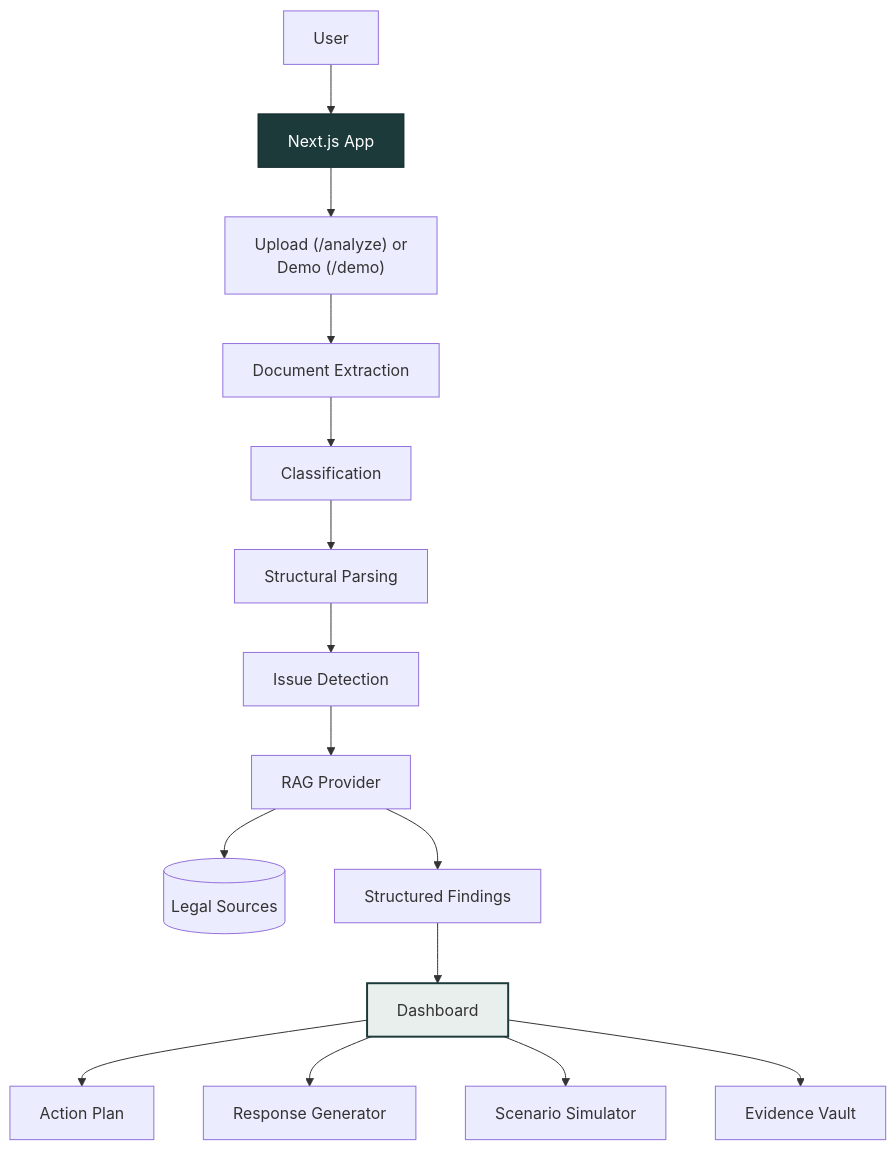
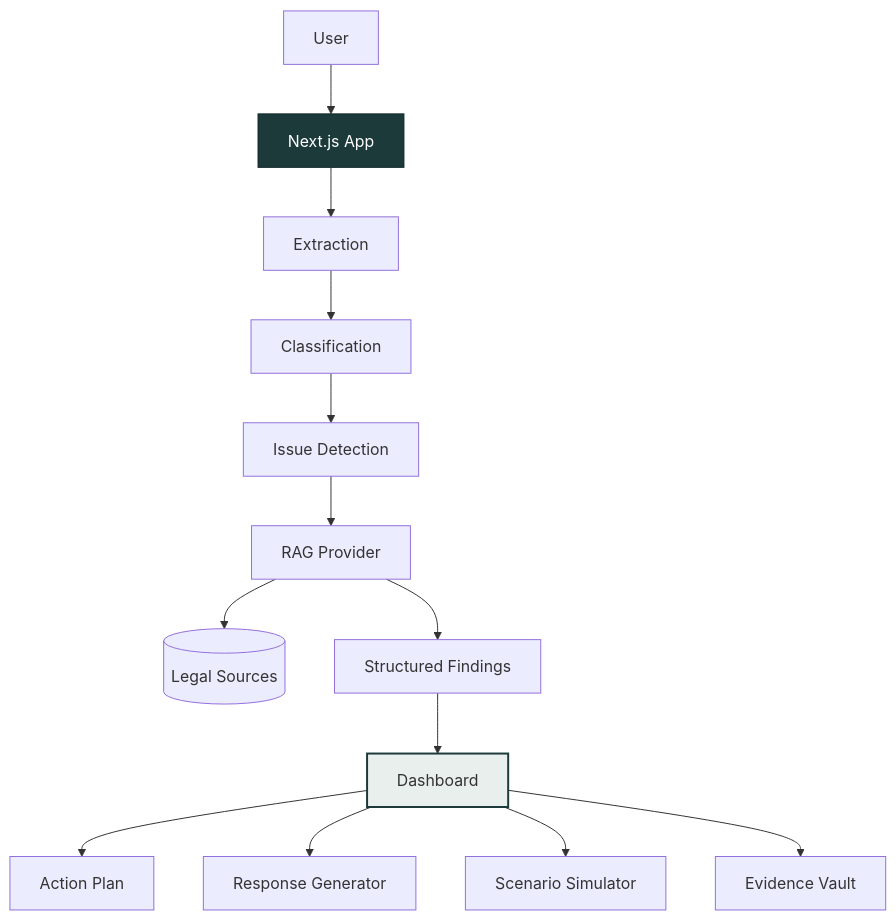
Before and after one commit to KodeMeister-YT/CivicShield: the sixth of 12 diagrams in README.md, drawn with Mermaid. The commit also changed other lines of this file, not shown here.

Commit message:
docs: trim README prose, keep all diagrams and data

````diff
--- a/README.md
+++ b/README.md
@@ -212,21 +122,14 @@
 ```mermaid
 flowchart TD
     U[User] --> APP[Next.js App]
-    APP --> UD["Upload (/analyze) or\nDemo (/demo)"]
-    UD --> EXT[Document Extraction]
-    EXT --> CLS[Classification]
-    CLS --> SP[Structural Parsing]
-    SP --> ISS[Issue Detection]
-    ISS --> RAG[RAG Provider]
-    RAG --> SRC[(Legal Sources)]
-    RAG --> SF[Structured Findings]
-    SF --> DASH[Dashboard]
-
+    APP --> EXT[Extraction] --> CLS[Classification] --> ISS[Issue Detection]
+    ISS --> RAG[RAG Provider] --> SRC[(Legal Sources)]
+    RAG --> SF[Structured Findings] --> DASH[Dashboard]
     DASH --> APLAN[Action Plan]
     DASH --> RGEN[Response Generator]
     DASH --> SIM[Scenario Simulator]
     DASH --> VAULT[Evidence Vault]
 
     style APP fill:#1c3a3a,stroke:#0f2626,color:#fff
     style DASH fill:#e8efec,stroke:#1c3a3a,stroke-width:2px
 ```
````
